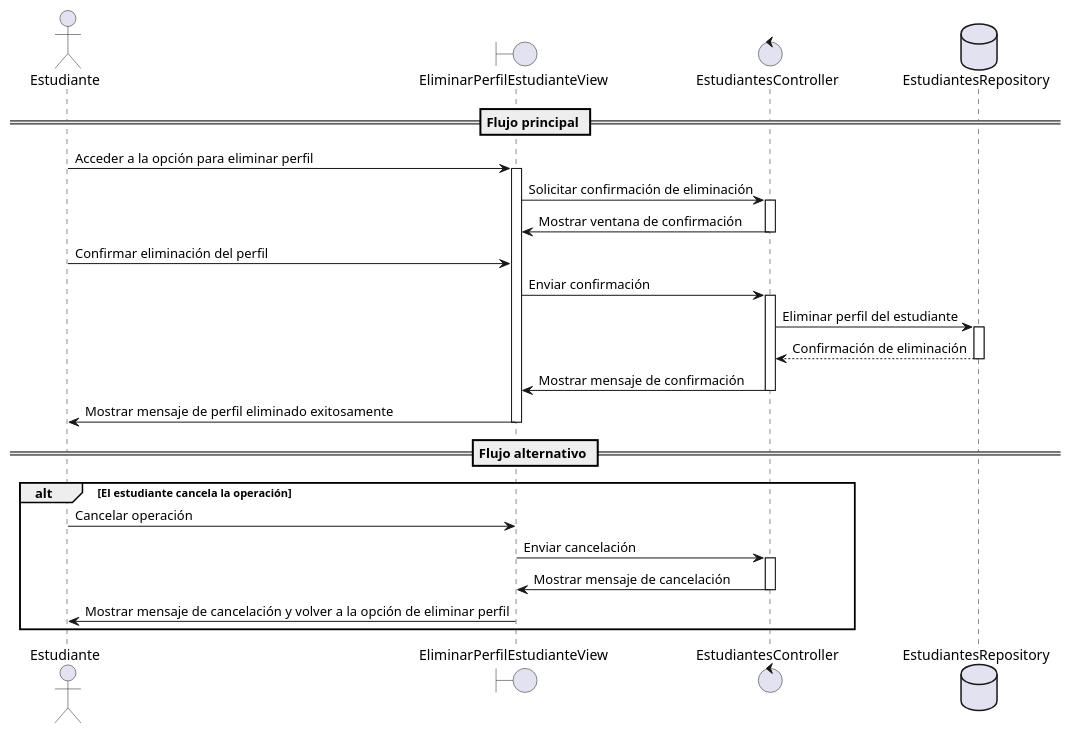
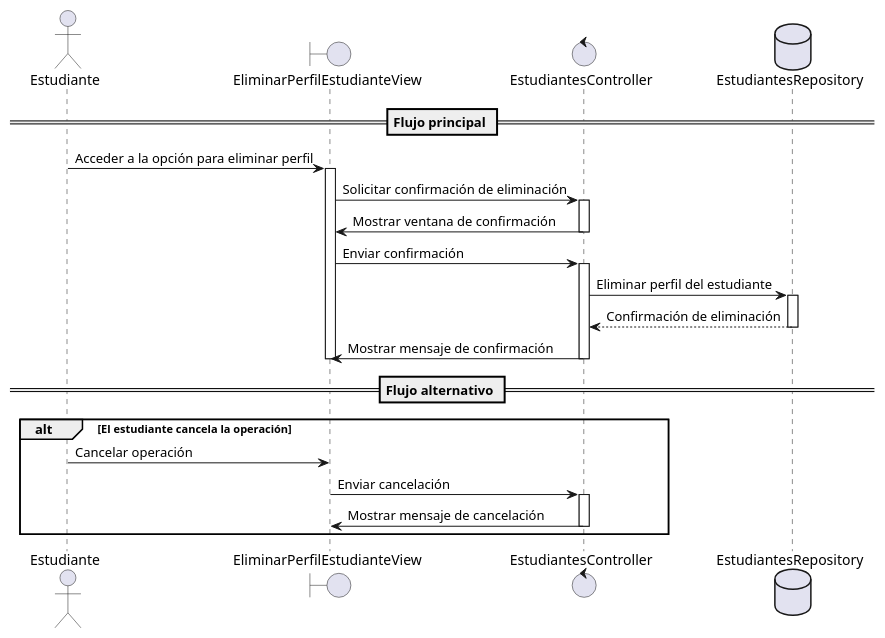
One commit to ZavSan95/EduMatch changed the diagram in CASOS DE USO/ESTUDIANTE/CU-0003/DSEC-0003.puml. Above: the diagram before and after it, drawn with PlantUML. The commit also changed 56 other files, not shown here.

Commit message:
Actualizacion diagramas de secuencia

```diff
--- a/CASOS DE USO/ESTUDIANTE/CU-0003/DSEC-0003.puml
+++ b/CASOS DE USO/ESTUDIANTE/CU-0003/DSEC-0003.puml
@@ -1,36 +1,34 @@
 @startuml
 actor Estudiante
 boundary "EliminarPerfilEstudianteView" as View
 control "EstudiantesController" as Controller
 database "EstudiantesRepository" as Repository
 
 == Flujo principal ==
 Estudiante -> View : Acceder a la opción para eliminar perfil
 activate View
 View -> Controller : Solicitar confirmación de eliminación
 activate Controller
 Controller -> View : Mostrar ventana de confirmación
 deactivate Controller
-Estudiante -> View : Confirmar eliminación del perfil
 View -> Controller : Enviar confirmación
 activate Controller
 Controller -> Repository : Eliminar perfil del estudiante
 activate Repository
 Repository --> Controller : Confirmación de eliminación
 deactivate Repository
 Controller -> View : Mostrar mensaje de confirmación
 deactivate Controller
-View -> Estudiante : Mostrar mensaje de perfil eliminado exitosamente
+
 deactivate View
 
 == Flujo alternativo ==
 alt El estudiante cancela la operación
     Estudiante -> View : Cancelar operación
     View -> Controller : Enviar cancelación
     activate Controller
     Controller -> View : Mostrar mensaje de cancelación
     deactivate Controller
-    View -> Estudiante : Mostrar mensaje de cancelación y volver a la opción de eliminar perfil
 end
 
 @enduml
```
